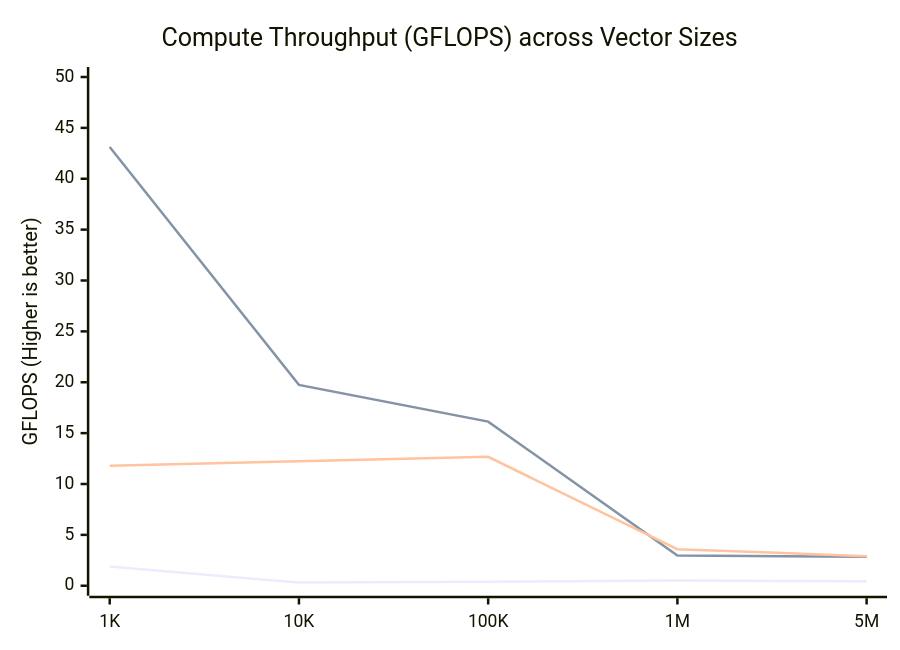
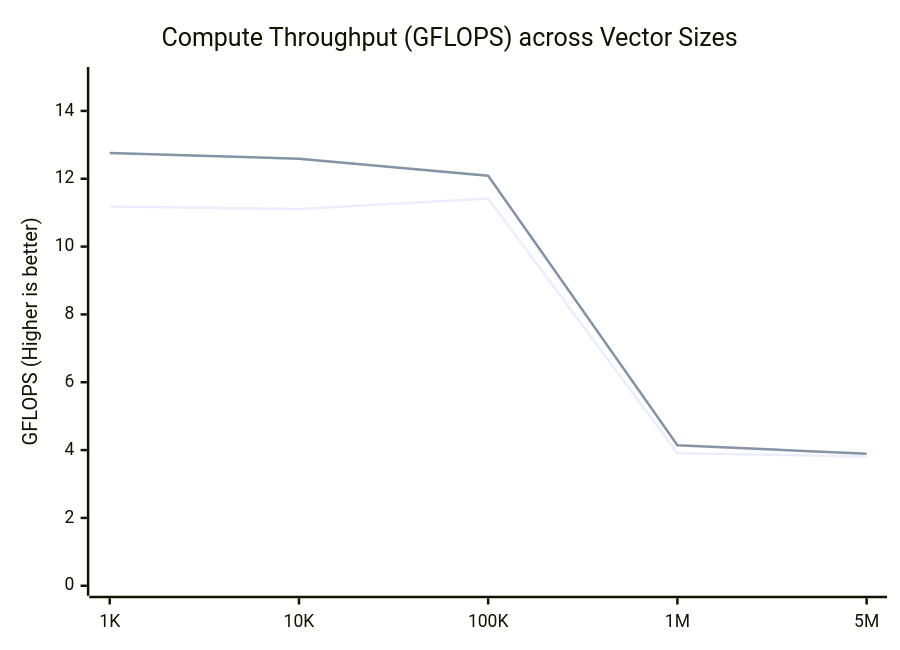
One commit to maithreyanprabhu2907-prog/Vector changed the diagram in README.md. Above: the diagram before and after it, drawn with Mermaid. The commit also changed other lines of this file and 4 other files, not shown here.

````diff
--- a/README.md
+++ b/README.md
@@ -320,9 +320,8 @@
 ```mermaid
 xychart-beta
     title "Compute Throughput (GFLOPS) across Vector Sizes"
     x-axis ["1K", "10K", "100K", "1M", "5M"]
-    y-axis "GFLOPS (Higher is better)" 0 --> 50
-    line [1.90, 0.31, 0.39, 0.51, 0.44]
-    line [43.12, 19.74, 16.13, 2.97, 2.84]
-    line [11.80, 12.24, 12.67, 3.59, 2.91]
+    y-axis "GFLOPS (Higher is better)" 0 --> 15
+    line [11.18, 11.11, 11.42, 3.91, 3.81]
+    line [12.76, 12.59, 12.09, 4.14, 3.89]
 ```
````
